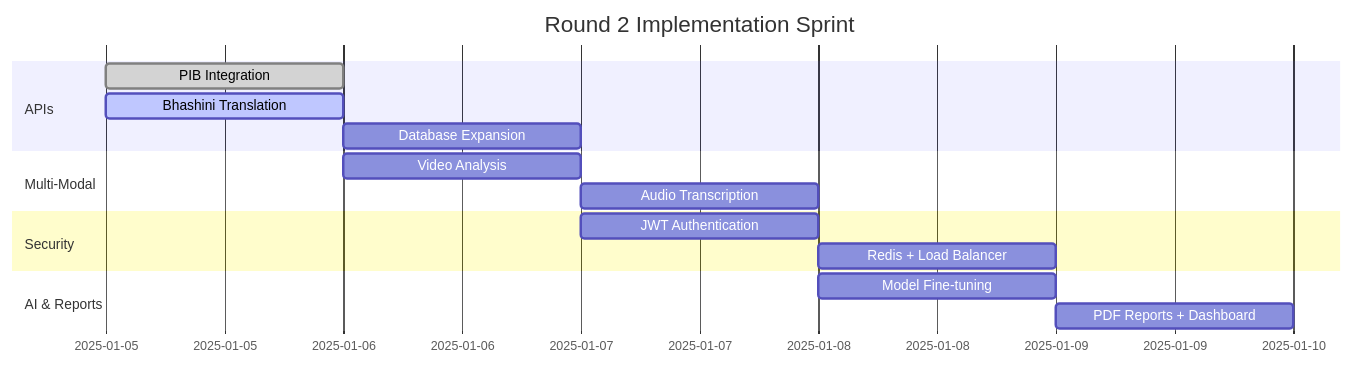
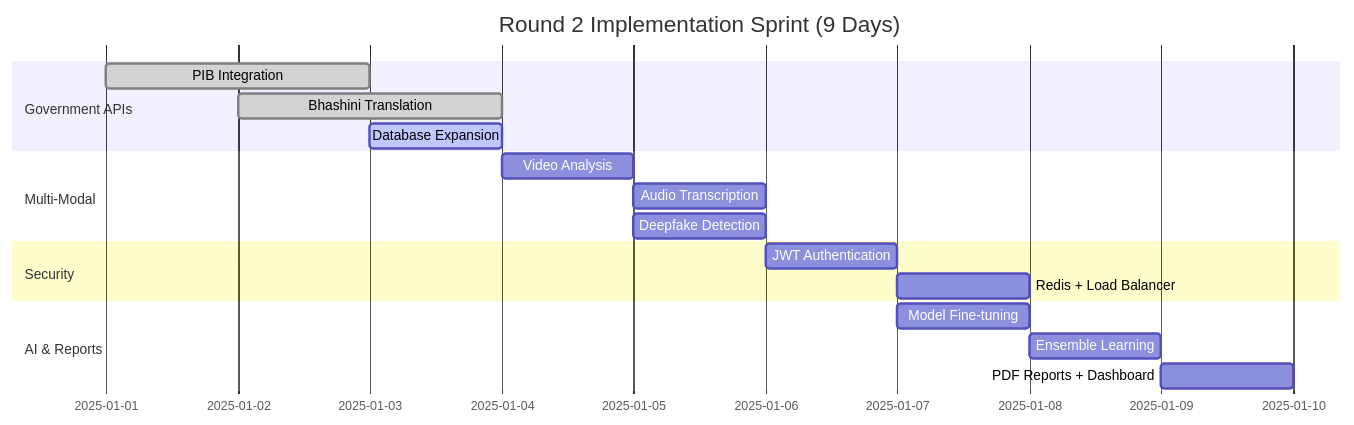
Before and after one commit to AbhishekGiri04/SATYA-DRISHTI: the fifth of 5 diagrams in README.md, drawn with Mermaid. The commit also changed other lines of this file, not shown here.

````diff
--- a/README.md
+++ b/README.md
@@ -1183,18 +1172,20 @@
 ```mermaid
 gantt
-    title Round 2 Implementation Sprint
+    title Round 2 Implementation Sprint (9 Days)
     dateFormat  YYYY-MM-DD
-    section APIs
-    PIB Integration           :done, api1, 2025-01-05, 1d
-    Bhashini Translation      :active, api2, 2025-01-05, 1d
-    Database Expansion        :api3, 2025-01-06, 1d
+    section Government APIs
+    PIB Integration           :done, api1, 2025-01-01, 2d
+    Bhashini Translation      :done, api2, 2025-01-02, 2d
+    Database Expansion        :active, api3, 2025-01-03, 1d
     section Multi-Modal
-    Video Analysis            :video1, 2025-01-06, 1d
-    Audio Transcription       :video2, 2025-01-07, 1d
+    Video Analysis            :video1, 2025-01-04, 1d
+    Audio Transcription       :video2, 2025-01-05, 1d
+    Deepfake Detection        :video3, 2025-01-05, 1d
     section Security
-    JWT Authentication        :sec1, 2025-01-07, 1d
-    Redis + Load Balancer     :sec2, 2025-01-08, 1d
+    JWT Authentication        :sec1, 2025-01-06, 1d
+    Redis + Load Balancer     :sec2, 2025-01-07, 1d
     section AI & Reports
-    Model Fine-tuning         :ai1, 2025-01-08, 1d
+    Model Fine-tuning         :ai1, 2025-01-07, 1d
+    Ensemble Learning         :ai2, 2025-01-08, 1d
     PDF Reports + Dashboard   :report1, 2025-01-09, 1d
 ```
````
